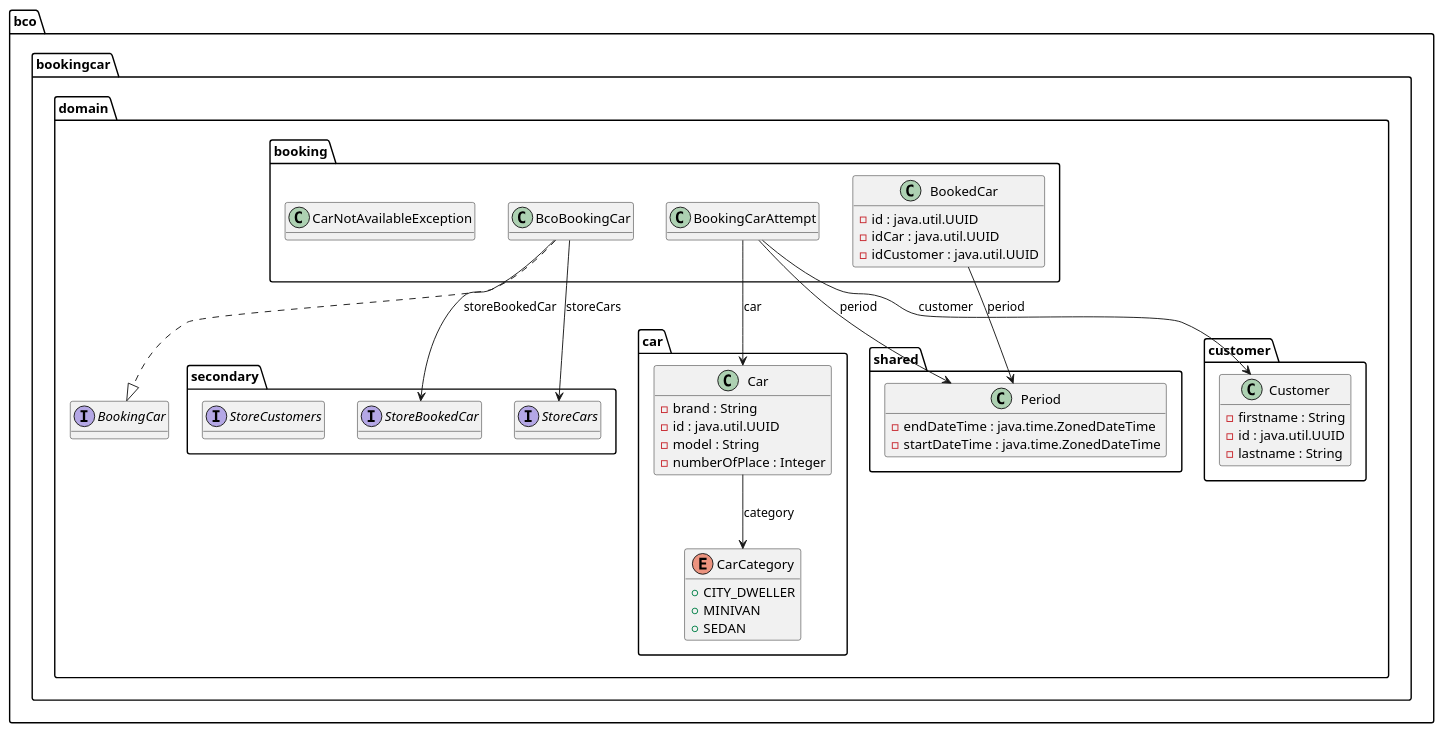
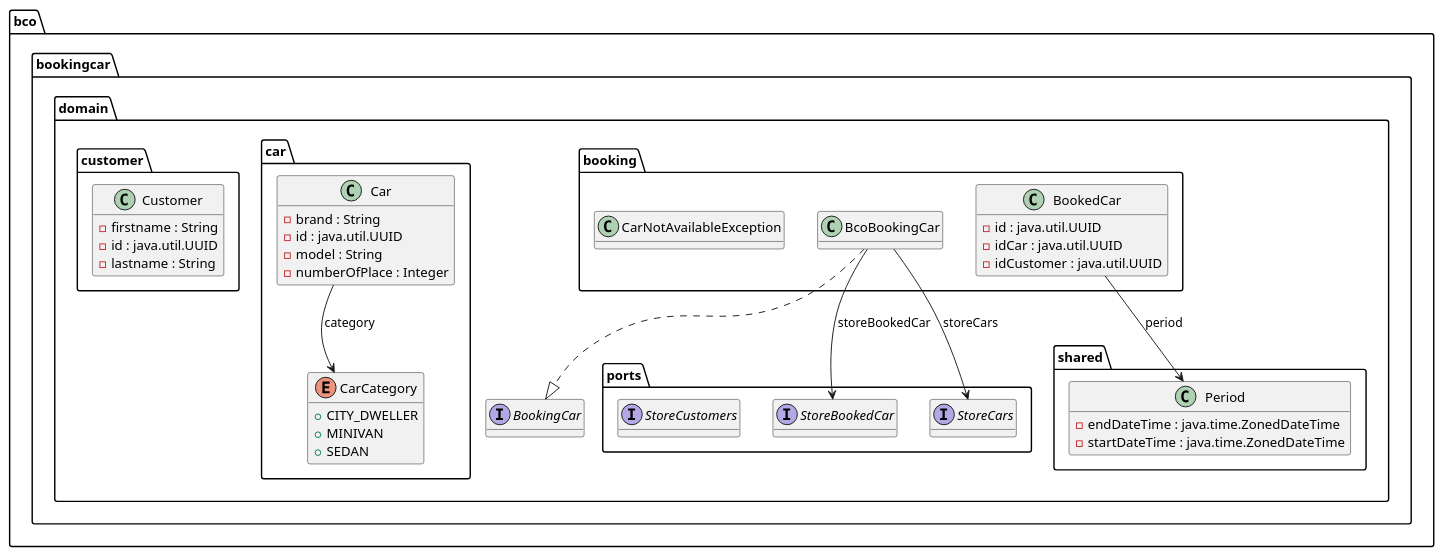
Before and after one commit to benjamins44/bookingcar: the diagram in bookingcar-domain/docs/domain.puml, drawn with PlantUML. The commit also changed 32 other files, not shown here.

Commit message:
refactor(booking): change parameters of book service

```diff
--- a/bookingcar-domain/docs/domain.puml
+++ b/bookingcar-domain/docs/domain.puml
@@ -1,136 +1,121 @@
 @startuml
 
 interface bco.bookingcar.domain.BookingCar {
-	{method}  {abstract} +book ( paramBookingCarAttempt1 : bco.bookingcar.domain.booking.BookingCarAttempt ) : bco.bookingcar.domain.booking.BookedCar
+	{method}  {abstract} +book ( paramCar1 : bco.bookingcar.domain.car.Car , paramPeriod2 : bco.bookingcar.domain.shared.Period , paramCustomer3 : bco.bookingcar.domain.customer.Customer ) : bco.bookingcar.domain.booking.BookedCar
 	{method}  {abstract} +carIsBookedOn ( paramCar1 : bco.bookingcar.domain.car.Car , paramPeriod2 : bco.bookingcar.domain.shared.Period ) : Boolean
 }
 
 
 class bco.bookingcar.domain.booking.BcoBookingCar {
-	{method} +book ( paramBookingCarAttempt1 : bco.bookingcar.domain.booking.BookingCarAttempt ) : bco.bookingcar.domain.booking.BookedCar
+	{method} +book ( paramCar1 : bco.bookingcar.domain.car.Car , paramPeriod2 : bco.bookingcar.domain.shared.Period , paramCustomer3 : bco.bookingcar.domain.customer.Customer ) : bco.bookingcar.domain.booking.BookedCar
 	{method} +carIsBookedOn ( paramCar1 : bco.bookingcar.domain.car.Car , paramPeriod2 : bco.bookingcar.domain.shared.Period ) : Boolean
 }
 
 
 class bco.bookingcar.domain.booking.BookedCar {
 	{field} -id : java.util.UUID
 	{field} -idCar : java.util.UUID
 	{field} -idCustomer : java.util.UUID
 	{method}  {static} +builder () : bco.bookingcar.domain.booking.BookedCar$BookedCarBuilder
 	{method} #canEqual ( paramObject1 : Object ) : boolean
 	{method} +equals ( paramObject1 : Object ) : boolean
 	{method} +hashCode () : int
 	{method} +toString () : String
 	{method} +withId ( paramUUID1 : java.util.UUID ) : bco.bookingcar.domain.booking.BookedCar
 	{method} +withIdCar ( paramUUID1 : java.util.UUID ) : bco.bookingcar.domain.booking.BookedCar
 	{method} +withIdCustomer ( paramUUID1 : java.util.UUID ) : bco.bookingcar.domain.booking.BookedCar
 	{method} +withPeriod ( paramPeriod1 : bco.bookingcar.domain.shared.Period ) : bco.bookingcar.domain.booking.BookedCar
-}
-
-
-class bco.bookingcar.domain.booking.BookingCarAttempt {
-	{method}  {static} +builder () : bco.bookingcar.domain.booking.BookingCarAttempt$BookingCarAttemptBuilder
-	{method} #canEqual ( paramObject1 : Object ) : boolean
-	{method} +equals ( paramObject1 : Object ) : boolean
-	{method} +hashCode () : int
-	{method} +toString () : String
-	{method} +withCar ( paramCar1 : bco.bookingcar.domain.car.Car ) : bco.bookingcar.domain.booking.BookingCarAttempt
-	{method} +withCustomer ( paramCustomer1 : bco.bookingcar.domain.customer.Customer ) : bco.bookingcar.domain.booking.BookingCarAttempt
-	{method} +withPeriod ( paramPeriod1 : bco.bookingcar.domain.shared.Period ) : bco.bookingcar.domain.booking.BookingCarAttempt
 }
 
 
 class bco.bookingcar.domain.booking.CarNotAvailableException {
 }
 
 
 class bco.bookingcar.domain.car.Car {
 	{field} -brand : String
 	{field} -id : java.util.UUID
 	{field} -model : String
 	{field} -numberOfPlace : Integer
 	{method}  {static} +builder () : bco.bookingcar.domain.car.Car$CarBuilder
 	{method} #canEqual ( paramObject1 : Object ) : boolean
 	{method} +equals ( paramObject1 : Object ) : boolean
 	{method} +hashCode () : int
 	{method} +toString () : String
 	{method} +withBrand ( paramString1 : String ) : bco.bookingcar.domain.car.Car
 	{method} +withCategory ( paramCarCategory1 : bco.bookingcar.domain.car.CarCategory ) : bco.bookingcar.domain.car.Car
 	{method} +withId ( paramUUID1 : java.util.UUID ) : bco.bookingcar.domain.car.Car
 	{method} +withModel ( paramString1 : String ) : bco.bookingcar.domain.car.Car
 	{method} +withNumberOfPlace ( paramInteger1 : Integer ) : bco.bookingcar.domain.car.Car
 }
 
 
 enum bco.bookingcar.domain.car.CarCategory {
 	{field} +CITY_DWELLER
 	{field} +MINIVAN
 	{field} +SEDAN
 }
 
 
 class bco.bookingcar.domain.customer.Customer {
 	{field} -firstname : String
 	{field} -id : java.util.UUID
 	{field} -lastname : String
 	{method}  {static} +builder () : bco.bookingcar.domain.customer.Customer$CustomerBuilder
 	{method} #canEqual ( paramObject1 : Object ) : boolean
 	{method} +equals ( paramObject1 : Object ) : boolean
 	{method} +hashCode () : int
 	{method} +toString () : String
 	{method} +withFirstname ( paramString1 : String ) : bco.bookingcar.domain.customer.Customer
 	{method} +withId ( paramUUID1 : java.util.UUID ) : bco.bookingcar.domain.customer.Customer
 	{method} +withLastname ( paramString1 : String ) : bco.bookingcar.domain.customer.Customer
 }
 
 
-interface bco.bookingcar.domain.secondary.StoreBookedCar {
+interface bco.bookingcar.domain.ports.StoreBookedCar {
 	{method}  {abstract} +add ( paramBookedCar1 : bco.bookingcar.domain.booking.BookedCar ) : bco.bookingcar.domain.booking.BookedCar
 	{method}  {abstract} +getAll ( paramPeriod1 : bco.bookingcar.domain.shared.Period ) : java.util.List
 	{method}  {abstract} +getBookedCarByCarAndPeriod ( paramCar1 : bco.bookingcar.domain.car.Car , paramPeriod2 : bco.bookingcar.domain.shared.Period ) : java.util.List
 }
 
 
-interface bco.bookingcar.domain.secondary.StoreCars {
+interface bco.bookingcar.domain.ports.StoreCars {
 	{method}  {abstract} +add ( paramCar1 : bco.bookingcar.domain.car.Car ) : bco.bookingcar.domain.car.Car
 	{method}  {abstract} +addAll ( paramList1 : java.util.List ) : java.util.List
 	{method}  {abstract} +getAll () : java.util.List
 	{method}  {abstract} +getById ( paramUUID1 : java.util.UUID ) : java.util.Optional
 	{method}  {abstract} +saveAll ( paramList1 : java.util.List ) : void
 }
 
 
-interface bco.bookingcar.domain.secondary.StoreCustomers {
+interface bco.bookingcar.domain.ports.StoreCustomers {
 	{method}  {abstract} +add ( paramCustomer1 : bco.bookingcar.domain.customer.Customer ) : bco.bookingcar.domain.customer.Customer
 	{method}  {abstract} +getById ( paramUUID1 : java.util.UUID ) : java.util.Optional
 }
 
 
 class bco.bookingcar.domain.shared.Period {
 	{field} -endDateTime : java.time.ZonedDateTime
 	{field} -startDateTime : java.time.ZonedDateTime
 	{method}  {static} +builder () : bco.bookingcar.domain.shared.Period$PeriodBuilder
 	{method} #canEqual ( paramObject1 : Object ) : boolean
 	{method} +equals ( paramObject1 : Object ) : boolean
 	{method} +hasIntersectionWith ( paramPeriod1 : bco.bookingcar.domain.shared.Period ) : boolean
 	{method} +hashCode () : int
 	{method} +toString () : String
 	{method} +withEndDateTime ( paramZonedDateTime1 : java.time.ZonedDateTime ) : bco.bookingcar.domain.shared.Period
 	{method} +withStartDateTime ( paramZonedDateTime1 : java.time.ZonedDateTime ) : bco.bookingcar.domain.shared.Period
 }
 
 
 
 
-bco.bookingcar.domain.booking.BcoBookingCar -->  bco.bookingcar.domain.secondary.StoreBookedCar : storeBookedCar
-bco.bookingcar.domain.booking.BcoBookingCar -->  bco.bookingcar.domain.secondary.StoreCars : storeCars
+bco.bookingcar.domain.booking.BcoBookingCar -->  bco.bookingcar.domain.ports.StoreBookedCar : storeBookedCar
+bco.bookingcar.domain.booking.BcoBookingCar -->  bco.bookingcar.domain.ports.StoreCars : storeCars
 bco.bookingcar.domain.booking.BcoBookingCar ..|>  bco.bookingcar.domain.BookingCar
 bco.bookingcar.domain.booking.BookedCar -->  bco.bookingcar.domain.shared.Period : period
-bco.bookingcar.domain.booking.BookingCarAttempt -->  bco.bookingcar.domain.car.Car : car
-bco.bookingcar.domain.booking.BookingCarAttempt -->  bco.bookingcar.domain.customer.Customer : customer
-bco.bookingcar.domain.booking.BookingCarAttempt -->  bco.bookingcar.domain.shared.Period : period
 bco.bookingcar.domain.car.Car -->  bco.bookingcar.domain.car.CarCategory : category
 
 hide methods
 
 @enduml
```
